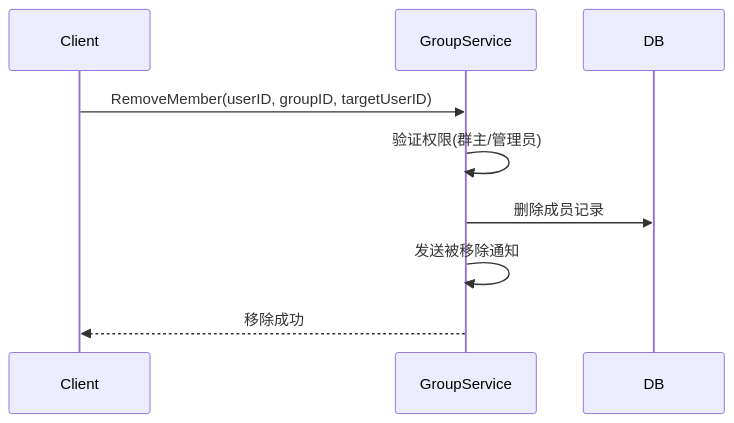
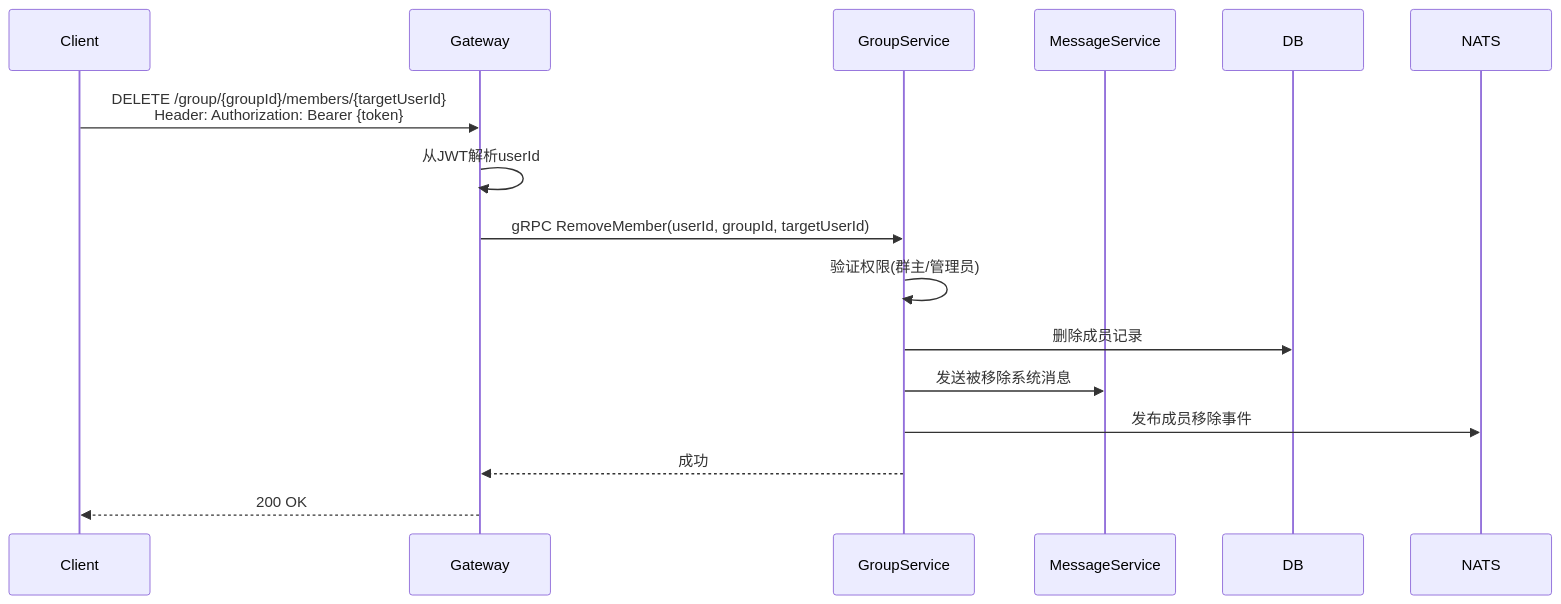
One commit to yzhgit/anychat-server changed the second of 4 diagrams in docs/design/group/member.md. Above: the diagram before and after it, drawn with Mermaid. The commit also changed other lines of this file and 30 other files, not shown here.

First line of the commit message:
docs: 更新设计文档时序图，添加Gateway和NATS参与者

````diff
--- a/docs/design/group/member.md
+++ b/docs/design/group/member.md
@@ -36,12 +43,19 @@
 ```mermaid
 sequenceDiagram
     participant Client
+    participant Gateway
     participant GroupService
+    participant MessageService
     participant DB
+    participant NATS
 
-    Client->>GroupService: RemoveMember(userID, groupID, targetUserID)
+    Client->>Gateway: DELETE /group/{groupId}/members/{targetUserId}<br/>Header: Authorization: Bearer {token}
+    Gateway->>Gateway: 从JWT解析userId
+    Gateway->>GroupService: gRPC RemoveMember(userId, groupId, targetUserId)
     GroupService->>GroupService: 验证权限(群主/管理员)
     GroupService->>DB: 删除成员记录
-    GroupService->>GroupService: 发送被移除通知
-    GroupService-->>Client: 移除成功
+    GroupService->>MessageService: 发送被移除系统消息
+    GroupService->>NATS: 发布成员移除事件
+    GroupService-->>Gateway: 成功
+    Gateway-->>Client: 200 OK
 ```
````
